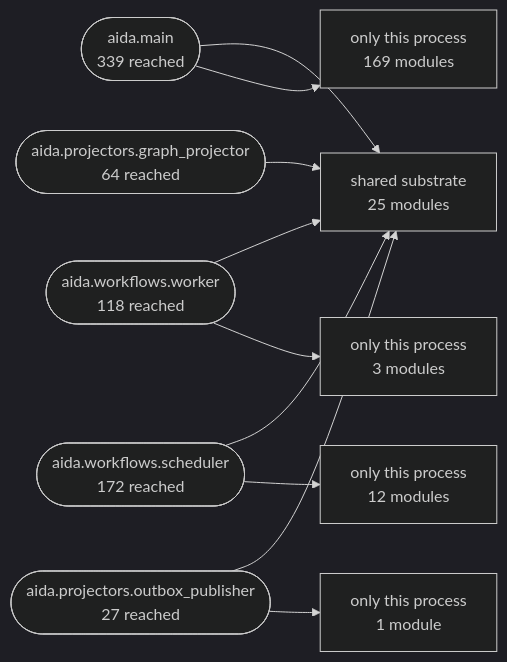
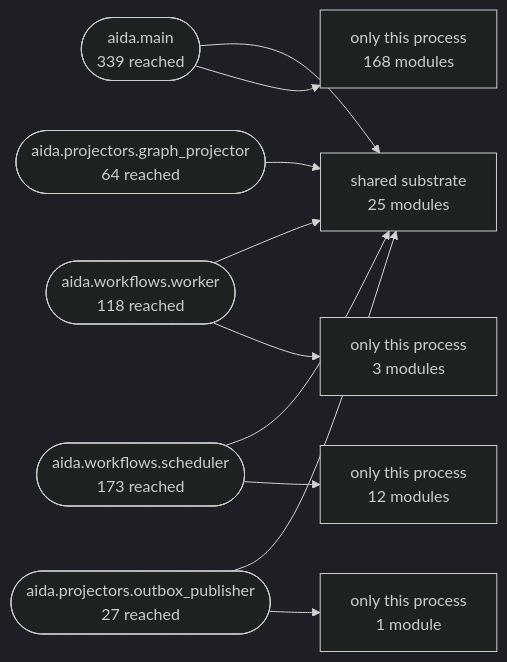
One commit to karuppusamym/AIDataAnalyst changed the second of 3 diagrams in Docs/10-architecture/14-generated-architecture-map.md. Above: the diagram before and after it, drawn with Mermaid (dark theme). The commit also changed other lines of this file and 6 other files, not shown here.

````diff
--- a/Docs/10-architecture/14-generated-architecture-map.md
+++ b/Docs/10-architecture/14-generated-architecture-map.md
@@ -173,22 +173,22 @@
 ```mermaid
 graph LR
   shared["shared substrate<br/>25 modules"]
   aida_main(["aida.main<br/>339 reached"])
   aida_workflows_worker(["aida.workflows.worker<br/>118 reached"])
-  aida_workflows_scheduler(["aida.workflows.scheduler<br/>172 reached"])
+  aida_workflows_scheduler(["aida.workflows.scheduler<br/>173 reached"])
   aida_projectors_graph_projector(["aida.projectors.graph_projector<br/>64 reached"])
   aida_projectors_outbox_publisher(["aida.projectors.outbox_publisher<br/>27 reached"])
   aida_main --> shared
-  only_aida_main["only this process<br/>169 modules"]
+  only_aida_main["only this process<br/>168 modules"]
   aida_main --> only_aida_main
   aida_workflows_worker --> shared
   only_aida_workflows_worker["only this process<br/>3 modules"]
   aida_workflows_worker --> only_aida_workflows_worker
   aida_workflows_scheduler --> shared
   only_aida_workflows_scheduler["only this process<br/>12 modules"]
   aida_workflows_scheduler --> only_aida_workflows_scheduler
   aida_projectors_graph_projector --> shared
   aida_projectors_outbox_publisher --> shared
   only_aida_projectors_outbox_publisher["only this process<br/>1 module"]
   aida_projectors_outbox_publisher --> only_aida_projectors_outbox_publisher
 ```
````
